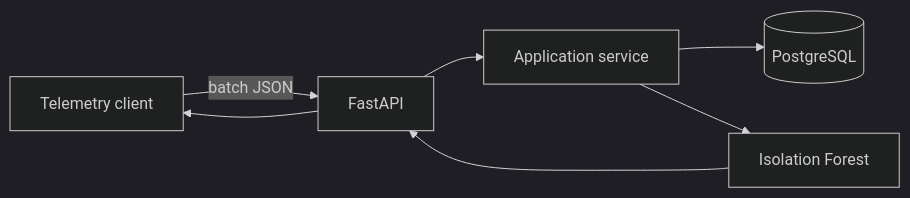
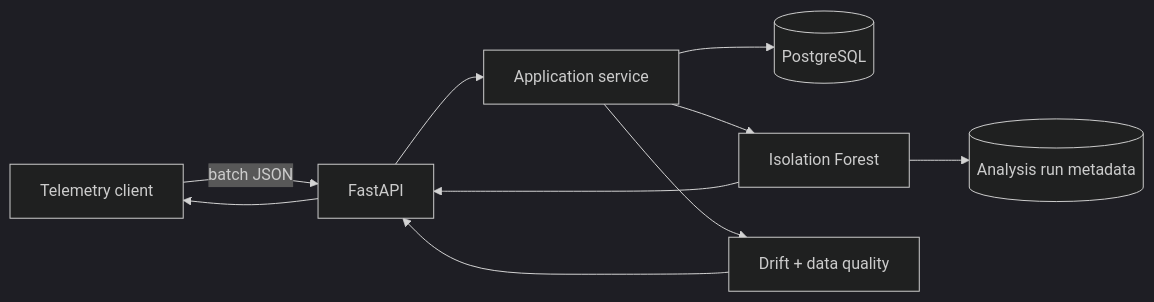
The diagram in README.md (PabloVA02/gridwatch-ai), drawn with Mermaid (dark theme) before and after one commit. The commit also changed other lines of this file and 18 other files, not shown here.

````diff
--- a/README.md
+++ b/README.md
@@ -29,9 +34,12 @@
 ```mermaid
 flowchart LR
     Client[Telemetry client] -->|batch JSON| API[FastAPI]
     API --> Service[Application service]
     Service --> DB[(PostgreSQL)]
     Service --> ML[Isolation Forest]
+    ML --> Audit[(Analysis run metadata)]
+    Service --> Monitor[Drift + data quality]
     ML --> API
+    Monitor --> API
     API --> Client
 ```
````
